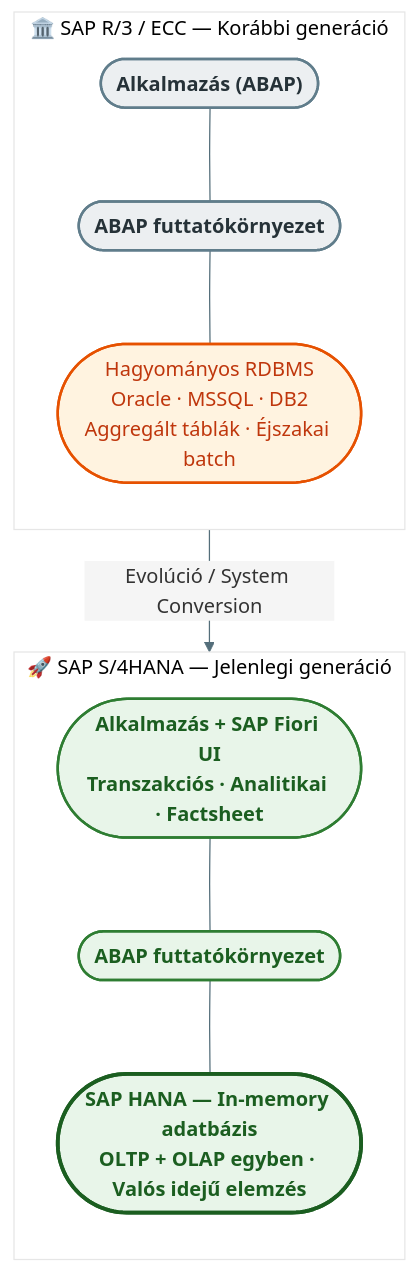
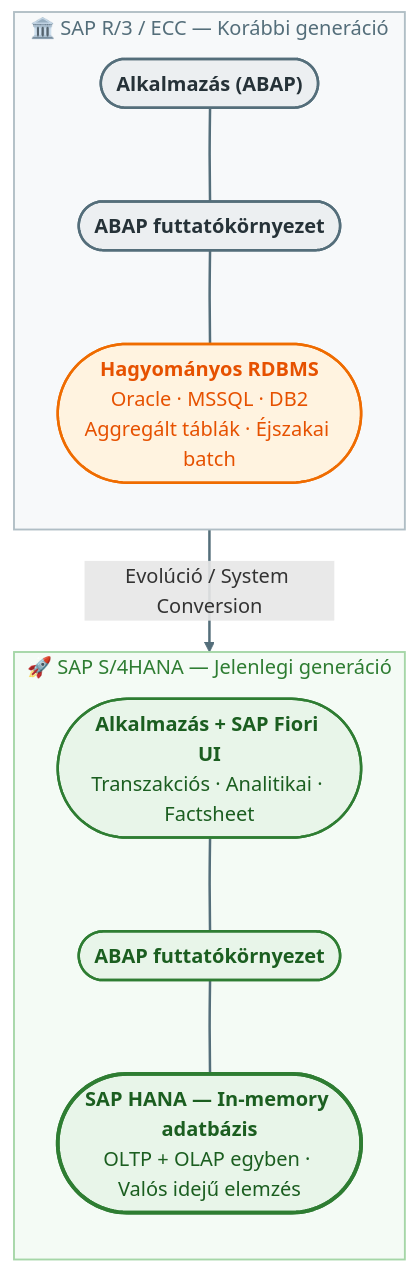
One commit to denespocsik/MM_BSC_Zarovizsga changed the first of 3 diagrams in Tételek/V14-GMXIV2MBLF-SAP S4HANA struktúra és modulok.tétel.md. Above: the diagram before and after it, drawn with Mermaid. The commit also changed other lines of this file and 34 other files, not shown here.

First line of the commit message:
style(tételek): egységes vizuális arculat a Mermaid-diagramokhoz

````diff
--- a/Tételek/V14-GMXIV2MBLF-SAP S4HANA struktúra és modulok.tétel.md
+++ b/Tételek/V14-GMXIV2MBLF-SAP S4HANA struktúra és modulok.tétel.md
@@ -11,24 +11,28 @@
 ```mermaid
-%%{init: {'theme': 'base', 'themeVariables': {'primaryColor': '#FFF', 'lineColor': '#546E7A', 'edgeLabelBackground': '#F5F5F5'}}}%%
 flowchart TB
-    classDef legacy    fill:#ECEFF1,stroke:#607D8B,stroke-width:2px,color:#263238,font-weight:bold
-    classDef legacy_db fill:#FFF3E0,stroke:#E65100,stroke-width:2px,color:#BF360C
-    classDef modern    fill:#E8F5E9,stroke:#2E7D32,stroke-width:2px,color:#1B5E20,font-weight:bold
-    classDef modern_db fill:#E8F5E9,stroke:#1B5E20,stroke-width:3px,color:#1B5E20,font-weight:bold
-
     subgraph ECC["🏛️  SAP R/3 / ECC — Korábbi generáció"]
         direction TB
-        A1(["Alkalmazás (ABAP)"]):::legacy
-        A2(["ABAP futtatókörnyezet"]):::legacy
-        A3(["Hagyományos RDBMS\nOracle · MSSQL · DB2\nAggregált táblák · Éjszakai batch"]):::legacy_db
+        A1(["<b>Alkalmazás (ABAP)</b>"]):::szurke
+        A2(["<b>ABAP futtatókörnyezet</b>"]):::szurke
+        A3(["<b>Hagyományos RDBMS</b><br/>Oracle · MSSQL · DB2<br/>Aggregált táblák · Éjszakai batch"]):::narancs
         A1 --- A2 --- A3
     end
     subgraph S4["🚀  SAP S/4HANA — Jelenlegi generáció"]
         direction TB
-        B1(["Alkalmazás + SAP Fiori UI\nTranszakciós · Analitikai · Factsheet"]):::modern
-        B2(["ABAP futtatókörnyezet"]):::modern
-        B3(["SAP HANA — In-memory adatbázis\nOLTP + OLAP egyben · Valós idejű elemzés"]):::modern_db
+        B1(["<b>Alkalmazás + SAP Fiori UI</b><br/>Transzakciós · Analitikai · Factsheet"]):::zold
+        B2(["<b>ABAP futtatókörnyezet</b>"]):::zold
+        B3(["<b>SAP HANA — In-memory adatbázis</b><br/>OLTP + OLAP egyben · Valós idejű elemzés"]):::zoldH
         B1 --- B2 --- B3
     end
     ECC -->|"Evolúció / System Conversion"| S4
+
+    classDef zold    fill:#e8f5e9,stroke:#2e7d32,stroke-width:2px,color:#1b5e20,rx:10,ry:10;
+    classDef zoldH   fill:#e8f5e9,stroke:#2e7d32,stroke-width:3px,color:#1b5e20,rx:10,ry:10;
+    classDef narancs fill:#fff3e0,stroke:#ef6c00,stroke-width:2px,color:#e65100,rx:10,ry:10;
+    classDef szurke  fill:#eceff1,stroke:#546e7a,stroke-width:2px,color:#263238,rx:10,ry:10;
+
+    style ECC fill:#f7f9fa,stroke:#b0bec5,stroke-width:1.5px,color:#546e7a;
+    style S4  fill:#f4fbf5,stroke:#a5d6a7,stroke-width:1.5px,color:#2e7d32;
+
+    linkStyle default stroke:#546e7a,stroke-width:2px;
 ```
````
